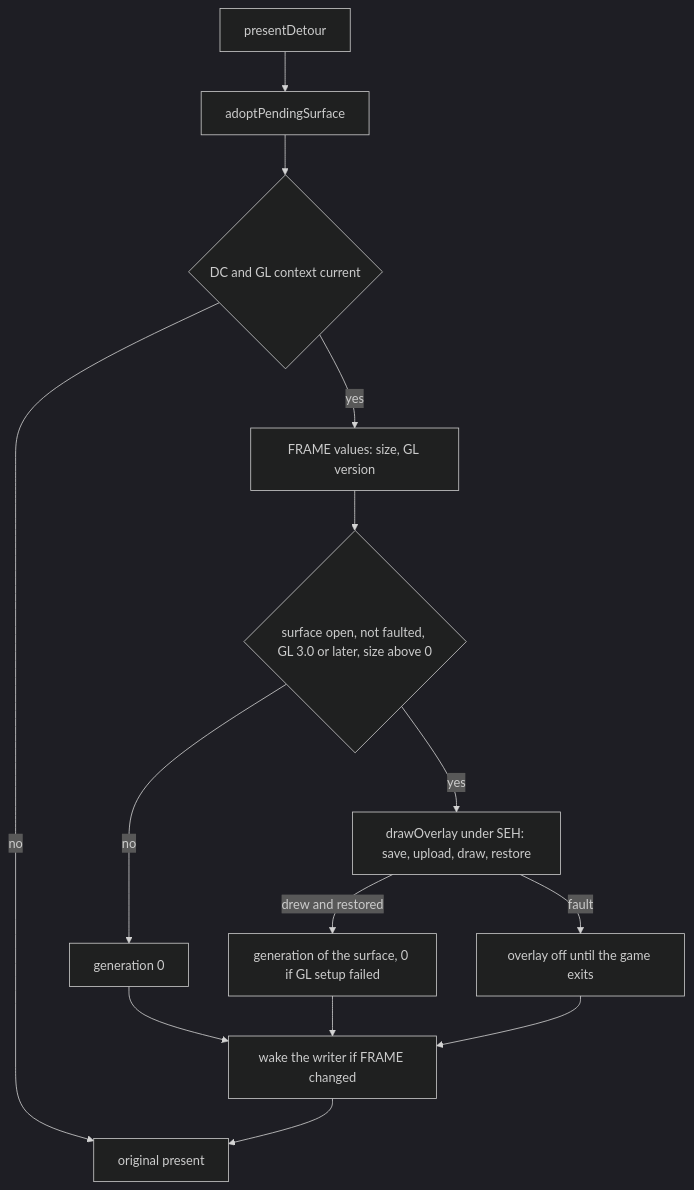
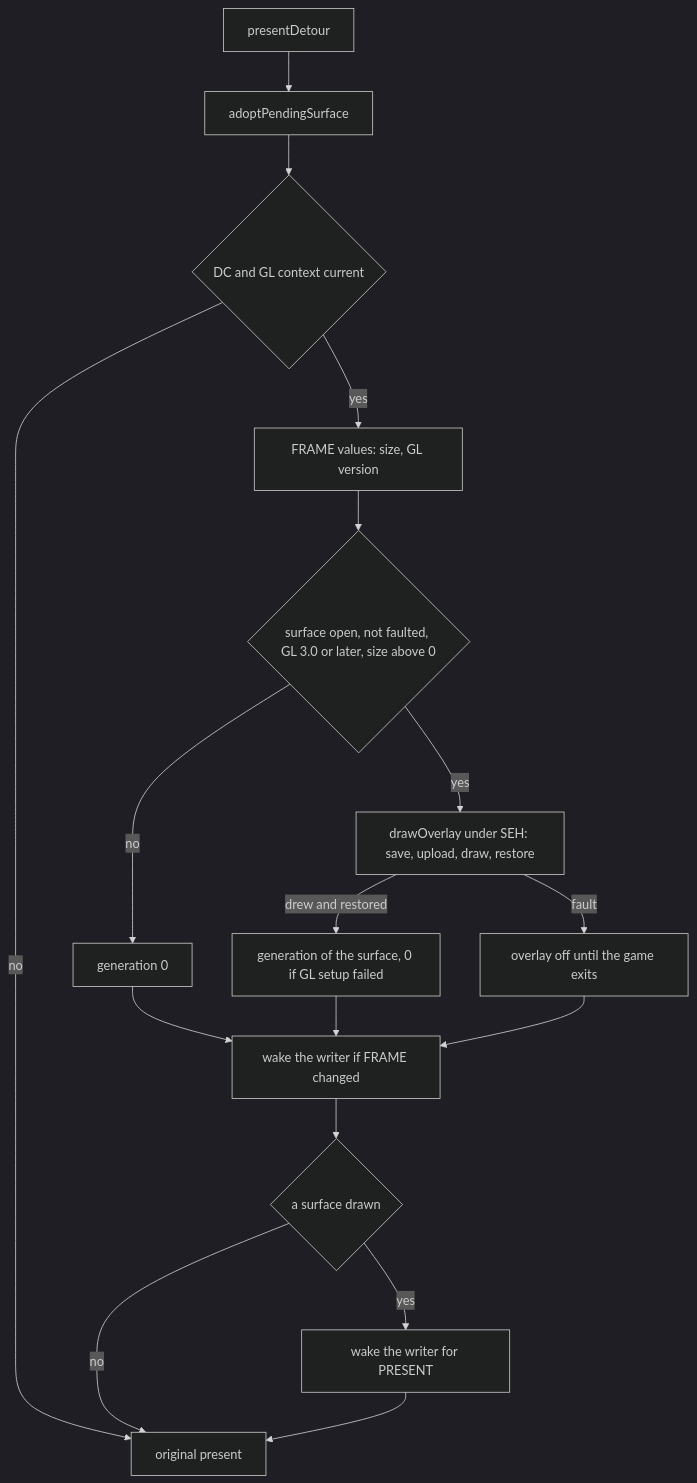
One commit to Kraken-Plugins/kraken-native changed the seventh of 7 diagrams in docs/developer/in-game-drawing.md. Above: the diagram before and after it, drawn with Mermaid (dark theme). The commit also changed other lines of this file and 28 other files, not shown here.

````diff
--- a/docs/developer/in-game-drawing.md
+++ b/docs/developer/in-game-drawing.md
@@ -523,16 +538,19 @@
 ```mermaid
 flowchart TD
     detour["presentDetour"] --> adopt["adoptPendingSurface"]
     adopt --> ctx{"DC and GL context current"}
     ctx -->|"no"| orig["original present"]
     ctx -->|"yes"| frame["FRAME values: size, GL version"]
     frame --> usable{"surface open, not faulted, GL 3.0 or later, size above 0"}
     usable -->|"no"| gen0["generation 0"]
     usable -->|"yes"| draw["drawOverlay under SEH: save, upload, draw, restore"]
     draw -->|"drew and restored"| gen1["generation of the surface, 0 if GL setup failed"]
     draw -->|"fault"| off["overlay off until the game exits"]
     gen0 --> wake["wake the writer if FRAME changed"]
     gen1 --> wake
     off --> wake
-    wake --> orig
+    wake --> drawn{"a surface drawn"}
+    drawn -->|"yes"| wakePresent["wake the writer for PRESENT"]
+    drawn -->|"no"| orig
+    wakePresent --> orig
 ```
````
